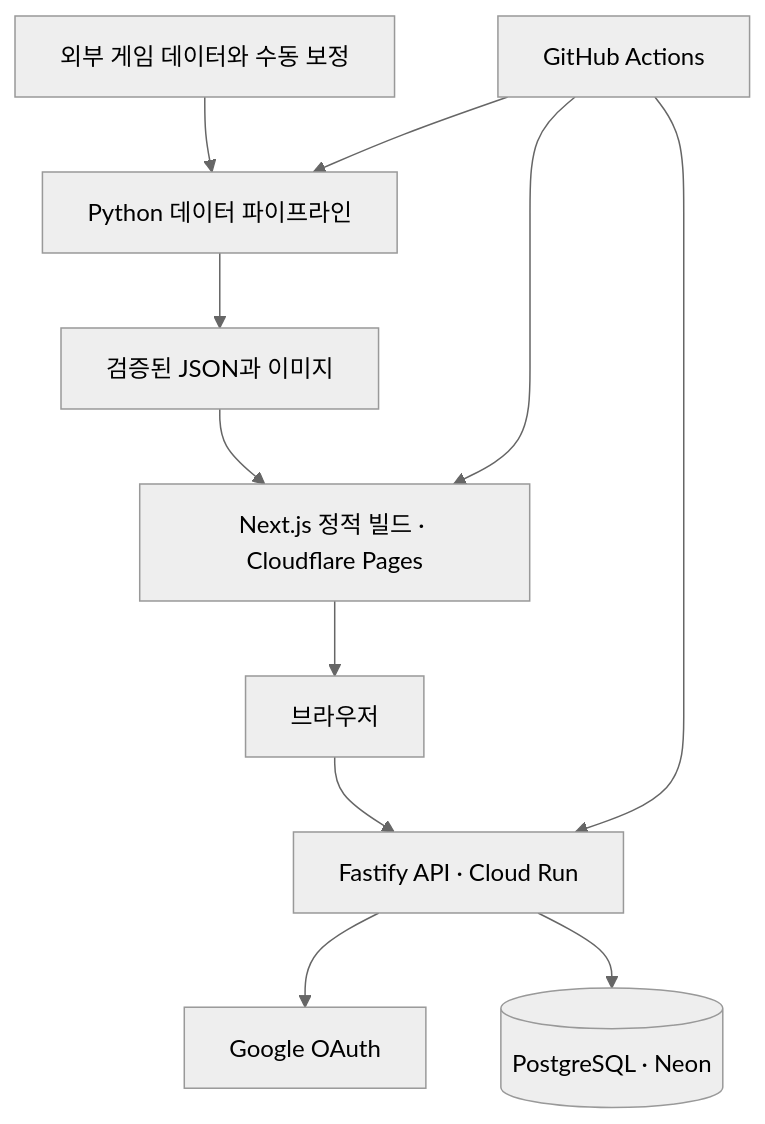
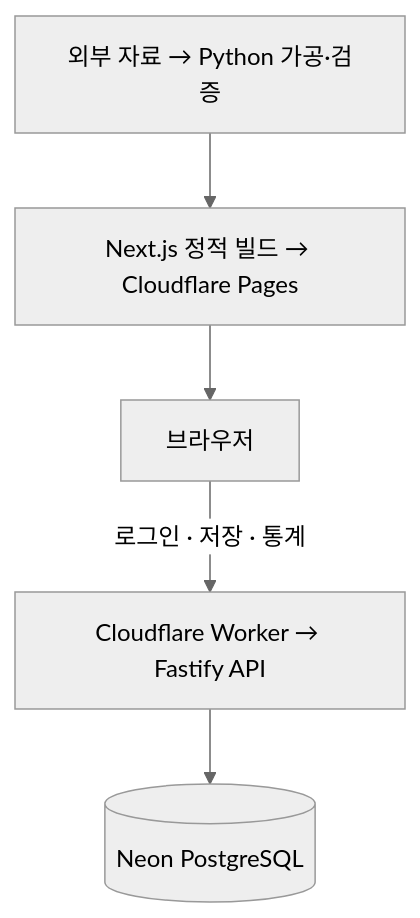
The diagram in README.md (MinsangKwak/pogo-rank), drawn with Mermaid (neutral theme) before and after one commit. The commit also changed other lines of this file and 23 other files, not shown here.

````diff
--- a/README.md
+++ b/README.md
@@ -51,13 +63,7 @@
 ```mermaid
-flowchart TD
-    Sources[외부 게임 데이터와 수동 보정] --> Pipeline[Python 데이터 파이프라인]
-    Pipeline --> Data[검증된 JSON과 이미지]
-    Data --> Next[Next.js 정적 빌드 · Cloudflare Pages]
-    Next --> Browser[브라우저]
-    Browser --> API[Fastify API · Cloud Run]
-    API --> Google[Google OAuth]
-    API --> DB[(PostgreSQL · Neon)]
-    Actions[GitHub Actions] --> Pipeline
-    Actions --> Next
-    Actions --> API
+flowchart TB
+    A["외부 자료 → Python 가공·검증"] --> B["Next.js 정적 빌드 → Cloudflare Pages"]
+    B --> U["브라우저"]
+    U -->|로그인 · 저장 · 통계| C["Cloudflare Worker → Fastify API"]
+    C --> D[("Neon PostgreSQL")]
 ```
````
